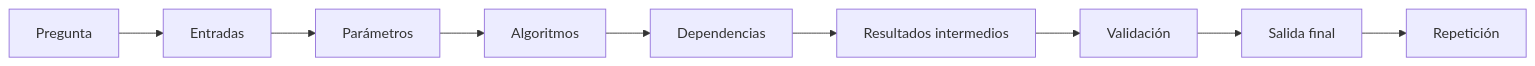
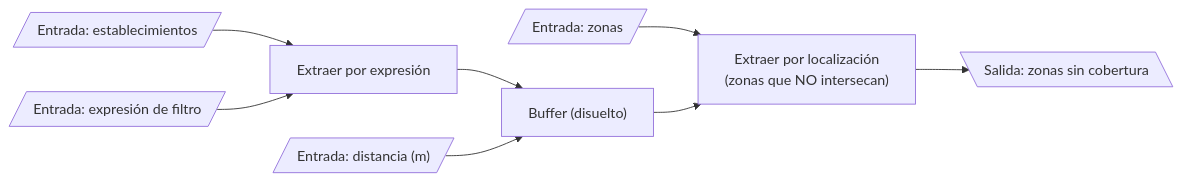
One commit to CHpass369/106_curso_qgis_introductorio changed the diagram in docs/modulo-03/11-procedimientos-reproducibles.md. Above: the diagram before and after it, drawn with Mermaid. The commit also changed other lines of this file and 8 other files, not shown here.

````diff
--- a/docs/modulo-03/11-procedimientos-reproducibles.md
+++ b/docs/modulo-03/11-procedimientos-reproducibles.md
@@ -112,11 +42,10 @@
 ```mermaid
 flowchart LR
-    A["Pregunta"] --> B["Entradas"]
-    B --> C["Parámetros"]
-    C --> D["Algoritmos"]
-    D --> E["Dependencias"]
-    E --> F["Resultados intermedios"]
-    F --> G["Validación"]
-    G --> H["Salida final"]
-    H --> I["Repetición"]
+    A[/"Entrada: establecimientos"/] --> C["Extraer por expresión"]
+    B[/"Entrada: expresión de filtro"/] --> C
+    C --> D["Buffer (disuelto)"]
+    E[/"Entrada: distancia (m)"/] --> D
+    F[/"Entrada: zonas"/] --> G["Extraer por localización<br/>(zonas que NO intersecan)"]
+    D --> G
+    G --> H[\"Salida: zonas sin cobertura"\]
 ```
````
